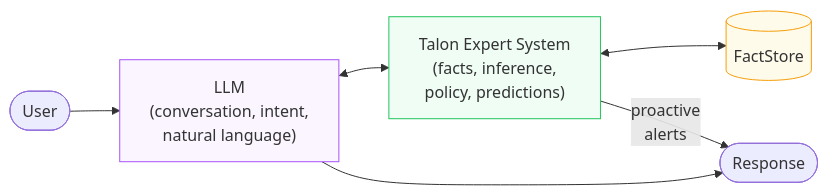
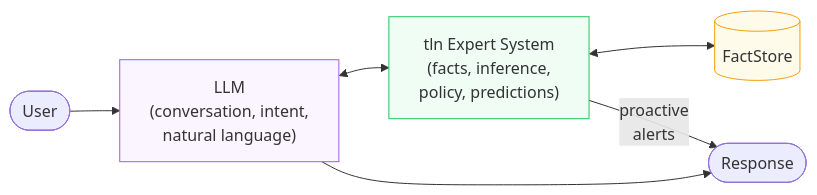
The second of 2 diagrams in README.md (opentalon/talon-language), drawn with Mermaid before and after one commit. The commit also changed other lines of this file and 251 other files, not shown here.

First line of the commit message:
refactor: rename module and CLI/SDK talon → tln

````diff
--- a/README.md
+++ b/README.md
@@ -313,12 +313,12 @@
 ```mermaid
 graph LR
     USER([User]) --> LLM["LLM<br>(conversation, intent,<br>natural language)"]
-    LLM <--> TALON["Talon Expert System<br>(facts, inference,<br>policy, predictions)"]
-    TALON <--> FACTS[(FactStore)]
+    LLM <--> TLN["tln Expert System<br>(facts, inference,<br>policy, predictions)"]
+    TLN <--> FACTS[(FactStore)]
     LLM --> RESPONSE([Response])
-    TALON --> |"proactive<br>alerts"| RESPONSE
+    TLN --> |"proactive<br>alerts"| RESPONSE
 
     style LLM fill:#faf5ff,stroke:#a855f7
-    style TALON fill:#f0fdf4,stroke:#22c55e
+    style TLN fill:#f0fdf4,stroke:#22c55e
     style FACTS fill:#fffbeb,stroke:#f59e0b
 ```
````
